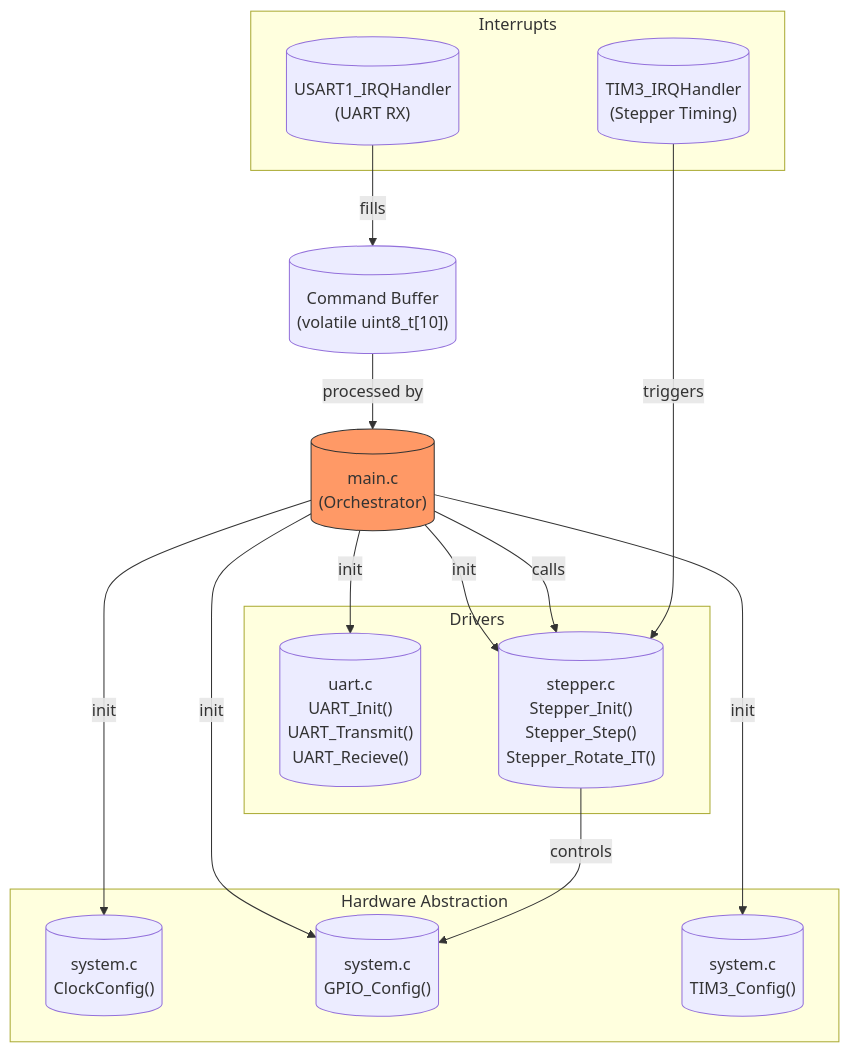
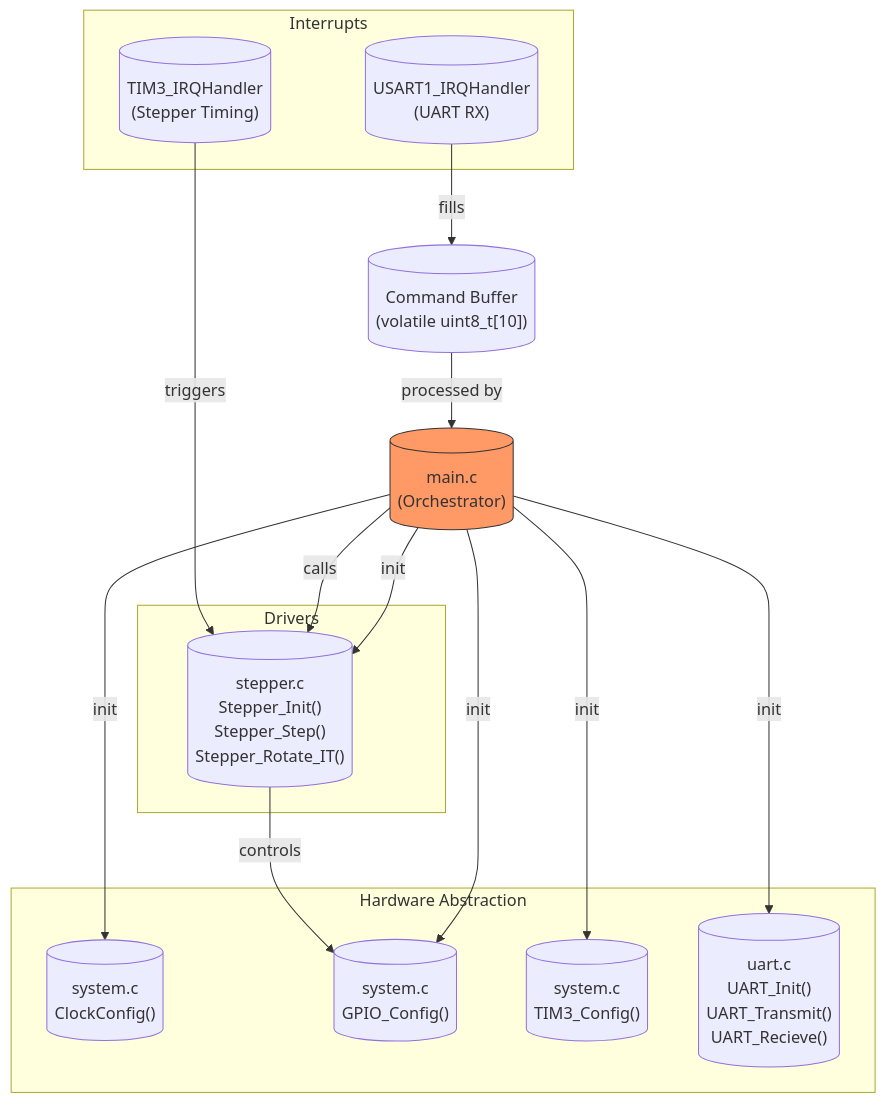
The diagram in README.md (PortiaLabiata/Proba_stepper), drawn with Mermaid before and after one commit.

Commit message:
Диаграмма исправлена

````diff
--- a/README.md
+++ b/README.md
@@ -3,44 +3,46 @@
 ```mermaid
 ---
 config:
   layout: fixed
 ---
 flowchart TD
  subgraph HAL["Hardware Abstraction"]
         clock[("system.c
         ClockConfig()")]
         gpio[("system.c
         GPIO_Config()")]
         tim[("system.c
         TIM3_Config()")]
+        uart[("system.c
+        UART_Config()")]
   end
  subgraph DRIVERS["Drivers"]
         uart[("uart.c
         UART_Init()
         UART_Transmit()
         UART_Recieve()")]
         stepper[("stepper.c
         Stepper_Init()
         Stepper_Step()
         Stepper_Rotate_IT()")]
   end
  subgraph ISRs["Interrupts"]
         uart_isr[("USART1_IRQHandler
         (UART RX)")]
         tim_isr[("TIM3_IRQHandler
         (Stepper Timing)")]
   end
     main[("main.c
     (Orchestrator)")] -- init --> clock & gpio & tim & uart & stepper
     uart_isr -- fills --> buffer[("Command Buffer
     (volatile uint8_t[10])")]
     buffer -- processed by --> main
     main -- calls --> stepper
     tim_isr -- triggers --> stepper
     stepper -- controls --> gpio
      main:::orange
     classDef orange fill:#f96,stroke:#333
     classDef blue fill:#6af,stroke:#333
     classDef green fill:#5d5,stroke:#333
 
 ```
````
